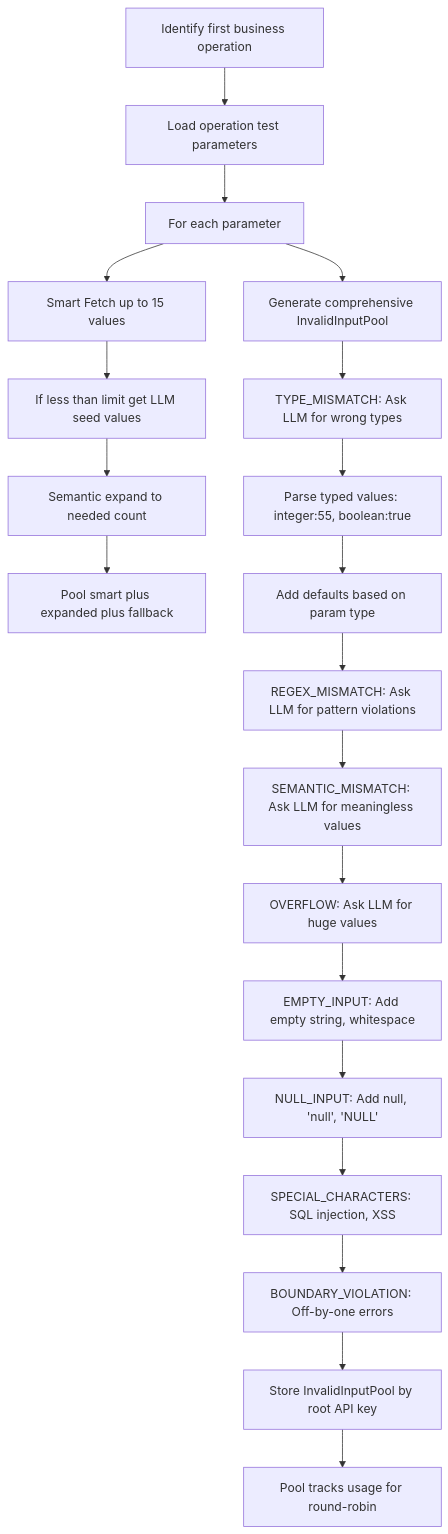
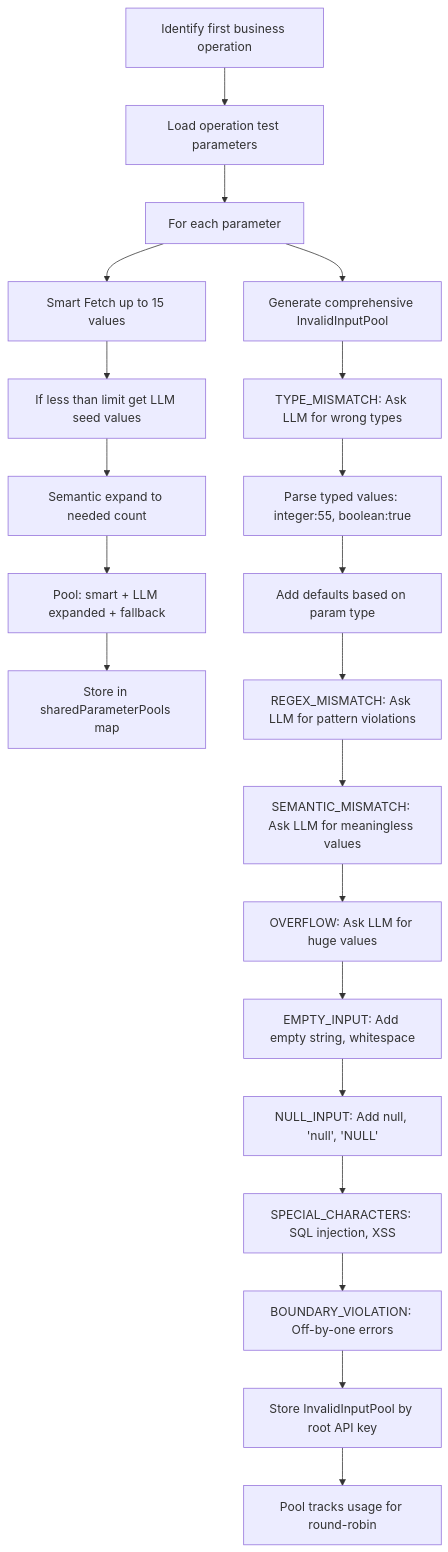
The third of 12 diagrams in src/main/resources/My-Example/trainticket/flow.md (miaoti/Rest), drawn with Mermaid before and after one commit. The commit also changed other lines of this file and 72 other files, not shown here.

````diff
--- a/src/main/resources/My-Example/trainticket/flow.md
+++ b/src/main/resources/My-Example/trainticket/flow.md
@@ -120,23 +133,24 @@
 ```mermaid
 flowchart TD
     A[Identify first business operation] --> B[Load operation test parameters]
     B --> C[For each parameter]
     C --> D[Smart Fetch up to 15 values]
     D --> E[If less than limit get LLM seed values]
     E --> F[Semantic expand to needed count]
-    F --> G[Pool smart plus expanded plus fallback]
+    F --> G[Pool: smart + LLM expanded + fallback]
+    G --> G1[Store in sharedParameterPools map]
     
     C --> H[Generate comprehensive InvalidInputPool]
     H --> I1[TYPE_MISMATCH: Ask LLM for wrong types]
     I1 --> I2[Parse typed values: integer:55, boolean:true]
     I2 --> I3[Add defaults based on param type]
     I3 --> I4[REGEX_MISMATCH: Ask LLM for pattern violations]
     I4 --> I5[SEMANTIC_MISMATCH: Ask LLM for meaningless values]
     I5 --> I6[OVERFLOW: Ask LLM for huge values]
     I6 --> I7[EMPTY_INPUT: Add empty string, whitespace]
     I7 --> I8[NULL_INPUT: Add null, 'null', 'NULL']
     I8 --> I9[SPECIAL_CHARACTERS: SQL injection, XSS]
     I9 --> I10[BOUNDARY_VIOLATION: Off-by-one errors]
     I10 --> J[Store InvalidInputPool by root API key]
     J --> K[Pool tracks usage for round-robin]
 ```
````
